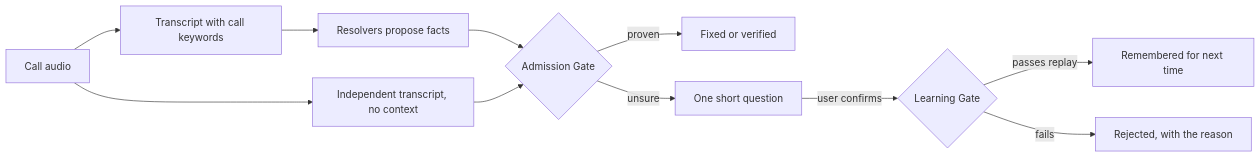
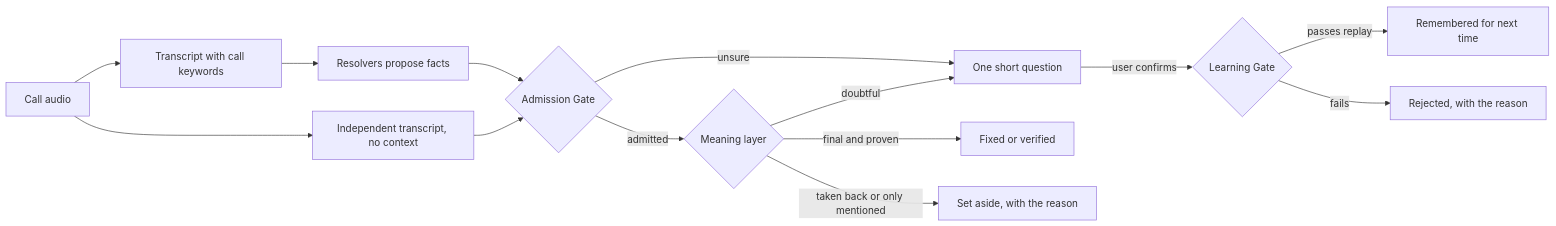
The diagram in README.md (dev-seek/Pehchaan), drawn with Mermaid before and after one commit. The commit also changed other lines of this file and 20 other files, not shown here.

````diff
--- a/README.md
+++ b/README.md
@@ -184,13 +224,16 @@
 ```mermaid
 flowchart LR
     A[Call audio] --> B[Transcript with call keywords]
     A --> C[Independent transcript, no context]
     B --> D[Resolvers propose facts]
     D --> E{Admission Gate}
     C --> E
-    E -->|proven| F[Fixed or verified]
+    E -->|admitted| M{Meaning layer}
     E -->|unsure| G[One short question]
+    M -->|final and proven| F[Fixed or verified]
+    M -->|taken back or only mentioned| K[Set aside, with the reason]
+    M -->|doubtful| G
     G -->|user confirms| H{Learning Gate}
     H -->|passes replay| I[Remembered for next time]
     H -->|fails| J[Rejected, with the reason]
 ```
````
